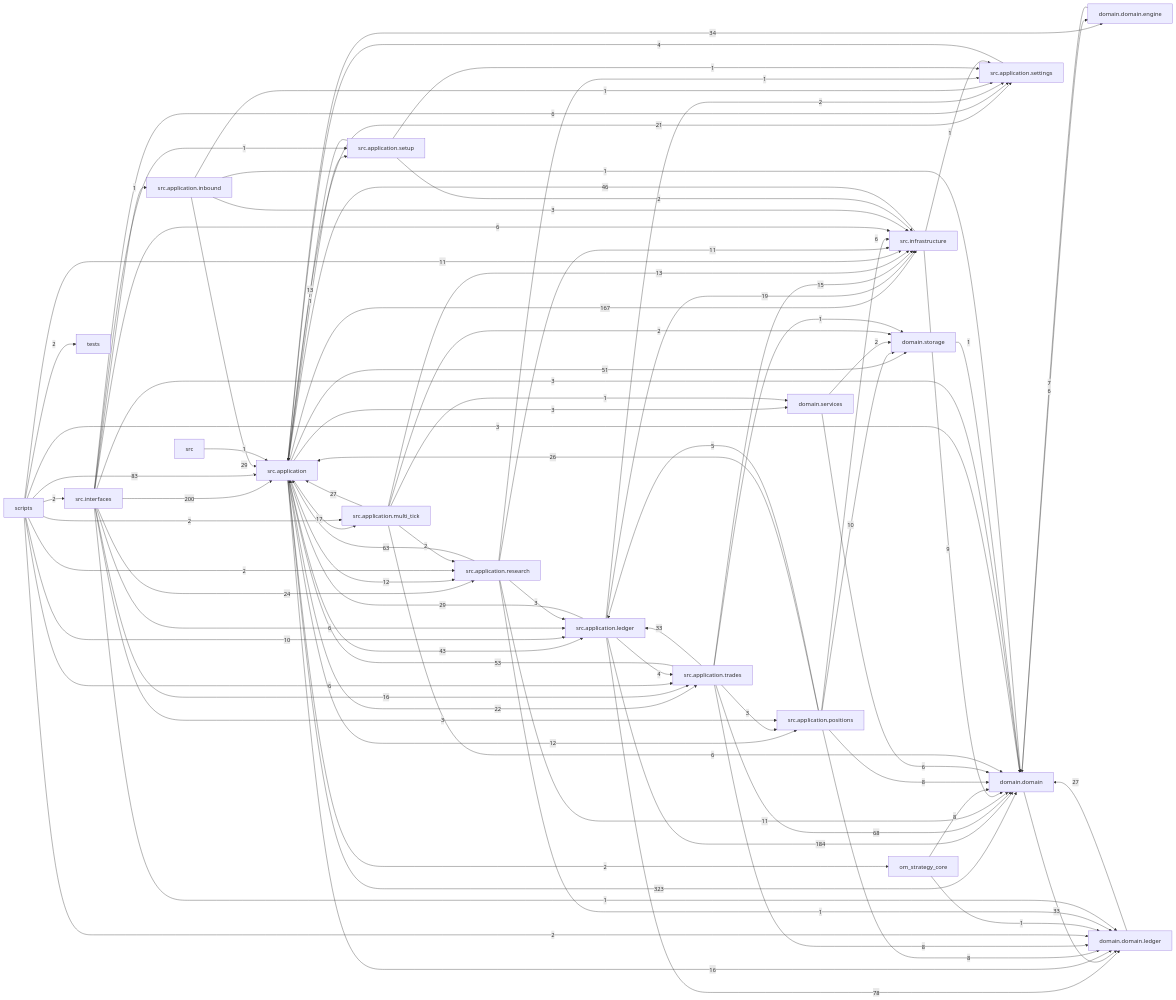
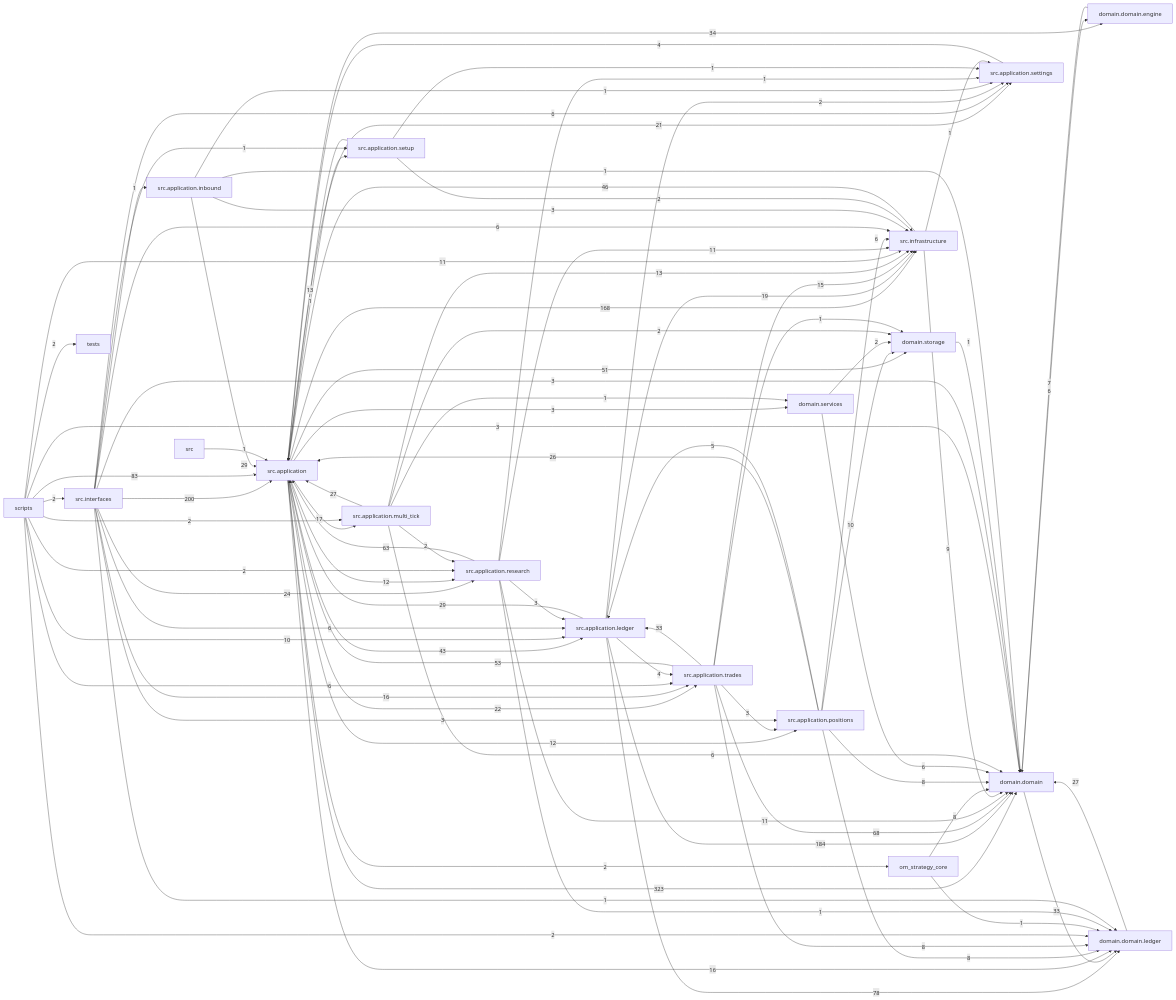
The diagram in docs/dependency_graph.mmd (liuxie066/options-monitor), drawn with Mermaid before and after one commit. The commit also changed 4 other files, not shown here.

```diff
--- a/docs/dependency_graph.mmd
+++ b/docs/dependency_graph.mmd
@@ -1,88 +1,88 @@
 flowchart LR
   src_application["src.application"] -->|323| domain_domain["domain.domain"]
   src_interfaces["src.interfaces"] -->|200| src_application["src.application"]
   src_application_ledger["src.application.ledger"] -->|184| domain_domain["domain.domain"]
-  src_application["src.application"] -->|167| src_infrastructure["src.infrastructure"]
+  src_application["src.application"] -->|168| src_infrastructure["src.infrastructure"]
   scripts["scripts"] -->|83| src_application["src.application"]
   src_application_ledger["src.application.ledger"] -->|78| domain_domain_ledger["domain.domain.ledger"]
   src_application_trades["src.application.trades"] -->|68| domain_domain["domain.domain"]
   src_application_research["src.application.research"] -->|63| src_application["src.application"]
   src_application_trades["src.application.trades"] -->|53| src_application["src.application"]
   src_application["src.application"] -->|51| domain_storage["domain.storage"]
   src_infrastructure["src.infrastructure"] -->|46| src_application["src.application"]
   src_application["src.application"] -->|43| src_application_ledger["src.application.ledger"]
   src_application["src.application"] -->|34| domain_domain_engine["domain.domain.engine"]
   domain_domain["domain.domain"] -->|33| domain_domain_ledger["domain.domain.ledger"]
   src_application_trades["src.application.trades"] -->|33| src_application_ledger["src.application.ledger"]
   src_application_inbound["src.application.inbound"] -->|29| src_application["src.application"]
   src_application_ledger["src.application.ledger"] -->|29| src_application["src.application"]
   domain_domain_ledger["domain.domain.ledger"] -->|27| domain_domain["domain.domain"]
   src_application_multi_tick["src.application.multi_tick"] -->|27| src_application["src.application"]
   src_application_positions["src.application.positions"] -->|26| src_application["src.application"]
   src_interfaces["src.interfaces"] -->|24| src_application_research["src.application.research"]
   src_application["src.application"] -->|22| src_application_trades["src.application.trades"]
   src_application["src.application"] -->|21| src_application_settings["src.application.settings"]
   src_application_ledger["src.application.ledger"] -->|19| src_infrastructure["src.infrastructure"]
   src_application["src.application"] -->|17| src_application_multi_tick["src.application.multi_tick"]
   src_application["src.application"] -->|16| domain_domain_ledger["domain.domain.ledger"]
   src_interfaces["src.interfaces"] -->|16| src_application_trades["src.application.trades"]
   src_application_trades["src.application.trades"] -->|15| src_infrastructure["src.infrastructure"]
   src_application_multi_tick["src.application.multi_tick"] -->|13| src_infrastructure["src.infrastructure"]
   src_application_setup["src.application.setup"] -->|13| src_application["src.application"]
   src_application["src.application"] -->|12| src_application_positions["src.application.positions"]
   src_application["src.application"] -->|12| src_application_research["src.application.research"]
   scripts["scripts"] -->|11| src_infrastructure["src.infrastructure"]
   src_application_research["src.application.research"] -->|11| domain_domain["domain.domain"]
   src_application_research["src.application.research"] -->|11| src_infrastructure["src.infrastructure"]
   scripts["scripts"] -->|10| src_application_ledger["src.application.ledger"]
   src_application_positions["src.application.positions"] -->|10| domain_storage["domain.storage"]
   src_infrastructure["src.infrastructure"] -->|9| domain_domain["domain.domain"]
   om_strategy_core["om_strategy_core"] -->|8| domain_domain["domain.domain"]
   src_application_positions["src.application.positions"] -->|8| domain_domain["domain.domain"]
   src_application_positions["src.application.positions"] -->|8| domain_domain_ledger["domain.domain.ledger"]
   src_application_trades["src.application.trades"] -->|8| domain_domain_ledger["domain.domain.ledger"]
   domain_domain_engine["domain.domain.engine"] -->|7| domain_domain["domain.domain"]
   domain_domain["domain.domain"] -->|6| domain_domain_engine["domain.domain.engine"]
   domain_services["domain.services"] -->|6| domain_domain["domain.domain"]
   scripts["scripts"] -->|6| src_application_trades["src.application.trades"]
   src_application_multi_tick["src.application.multi_tick"] -->|6| domain_domain["domain.domain"]
   src_application_positions["src.application.positions"] -->|6| src_infrastructure["src.infrastructure"]
   src_interfaces["src.interfaces"] -->|6| src_application_ledger["src.application.ledger"]
   src_interfaces["src.interfaces"] -->|6| src_application_settings["src.application.settings"]
   src_interfaces["src.interfaces"] -->|6| src_infrastructure["src.infrastructure"]
   src_application_positions["src.application.positions"] -->|5| src_application_ledger["src.application.ledger"]
   src_application_ledger["src.application.ledger"] -->|4| src_application_trades["src.application.trades"]
   src_application_settings["src.application.settings"] -->|4| src_application["src.application"]
   scripts["scripts"] -->|3| domain_domain["domain.domain"]
   src_application["src.application"] -->|3| domain_services["domain.services"]
   src_application_inbound["src.application.inbound"] -->|3| src_infrastructure["src.infrastructure"]
   src_application_research["src.application.research"] -->|3| src_application_ledger["src.application.ledger"]
   src_application_trades["src.application.trades"] -->|3| src_application_positions["src.application.positions"]
   src_interfaces["src.interfaces"] -->|3| domain_domain["domain.domain"]
   src_interfaces["src.interfaces"] -->|3| src_application_positions["src.application.positions"]
   domain_services["domain.services"] -->|2| domain_storage["domain.storage"]
   scripts["scripts"] -->|2| domain_domain_ledger["domain.domain.ledger"]
   scripts["scripts"] -->|2| src_application_multi_tick["src.application.multi_tick"]
   scripts["scripts"] -->|2| src_application_research["src.application.research"]
   scripts["scripts"] -->|2| src_interfaces["src.interfaces"]
   scripts["scripts"] -->|2| tests["tests"]
   src_application["src.application"] -->|2| om_strategy_core["om_strategy_core"]
   src_application_ledger["src.application.ledger"] -->|2| src_application_settings["src.application.settings"]
   src_application_multi_tick["src.application.multi_tick"] -->|2| domain_storage["domain.storage"]
   src_application_multi_tick["src.application.multi_tick"] -->|2| src_application_research["src.application.research"]
   src_application_setup["src.application.setup"] -->|2| src_infrastructure["src.infrastructure"]
   domain_storage["domain.storage"] -->|1| domain_domain["domain.domain"]
   om_strategy_core["om_strategy_core"] -->|1| domain_domain_ledger["domain.domain.ledger"]
   src["src"] -->|1| src_application["src.application"]
   src_application["src.application"] -->|1| src_application_setup["src.application.setup"]
   src_application_inbound["src.application.inbound"] -->|1| domain_domain["domain.domain"]
   src_application_inbound["src.application.inbound"] -->|1| src_application_settings["src.application.settings"]
   src_application_multi_tick["src.application.multi_tick"] -->|1| domain_services["domain.services"]
   src_application_research["src.application.research"] -->|1| domain_domain_ledger["domain.domain.ledger"]
   src_application_research["src.application.research"] -->|1| src_application_settings["src.application.settings"]
   src_application_setup["src.application.setup"] -->|1| src_application_settings["src.application.settings"]
   src_application_trades["src.application.trades"] -->|1| domain_storage["domain.storage"]
   src_infrastructure["src.infrastructure"] -->|1| src_application_settings["src.application.settings"]
   src_interfaces["src.interfaces"] -->|1| domain_domain_ledger["domain.domain.ledger"]
   src_interfaces["src.interfaces"] -->|1| src_application_inbound["src.application.inbound"]
   src_interfaces["src.interfaces"] -->|1| src_application_setup["src.application.setup"]
```
